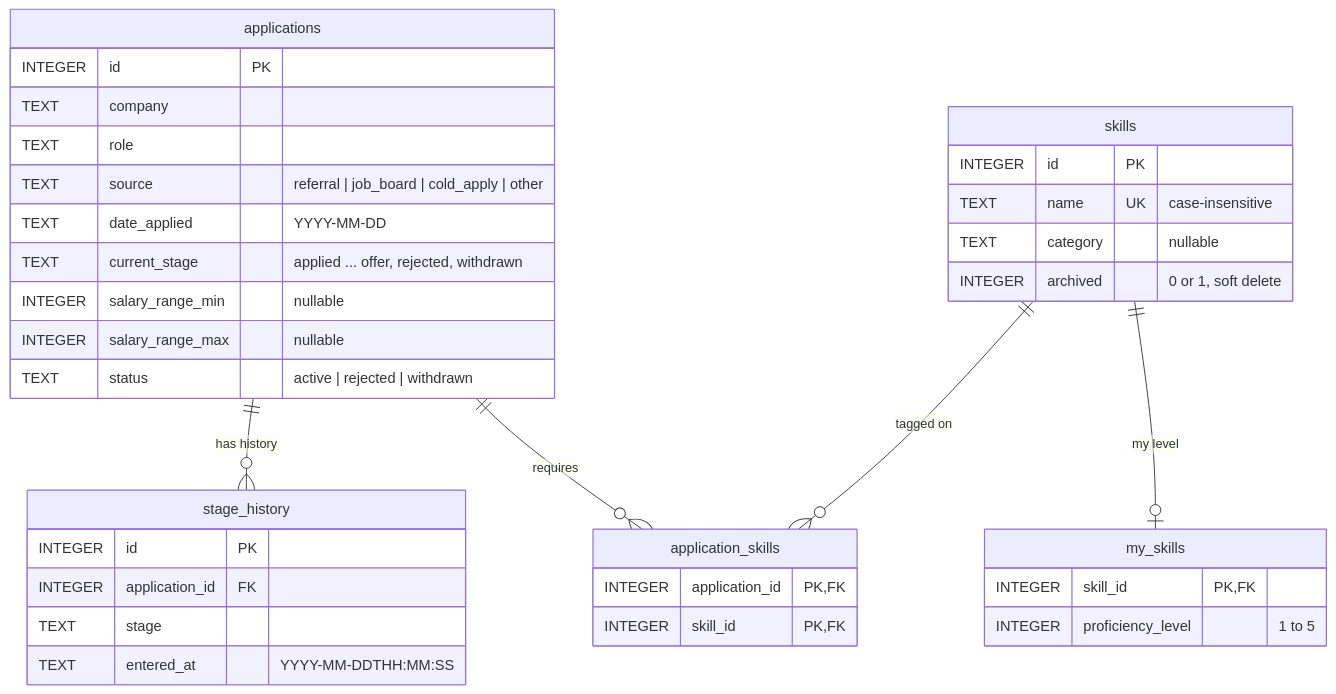
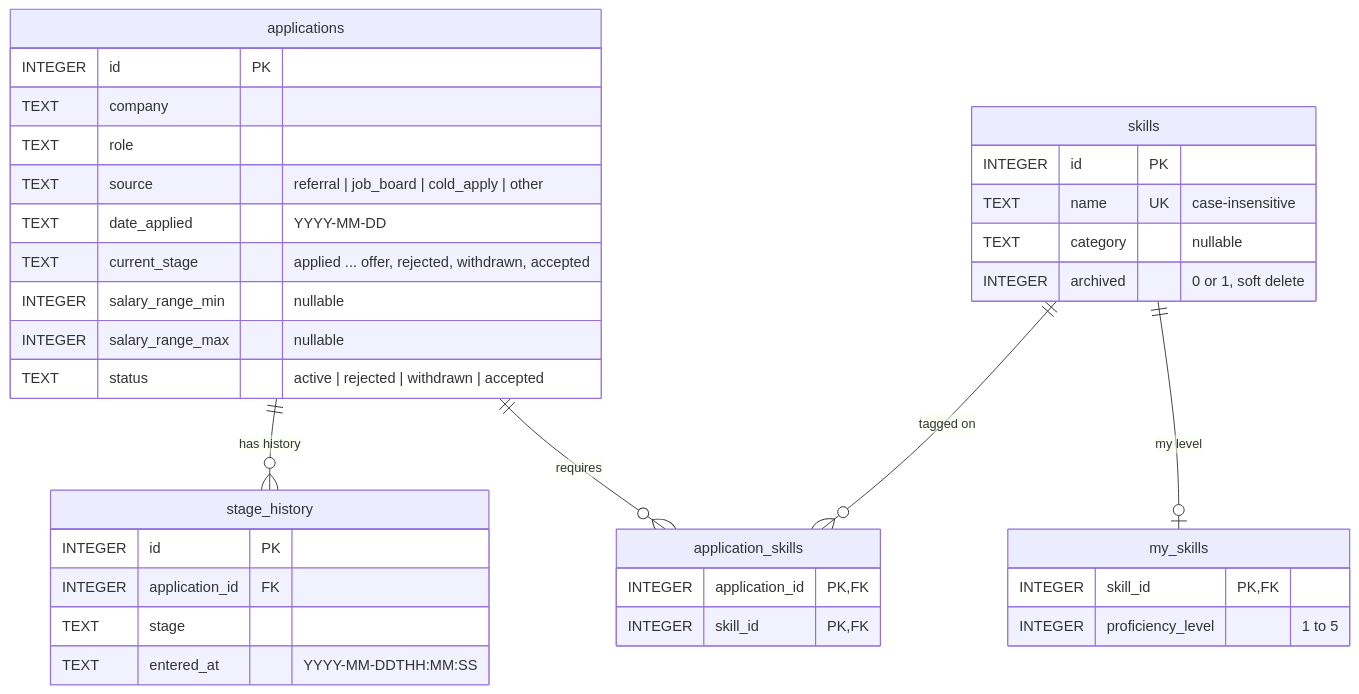
The second of 2 diagrams in README.md (alemol123/JobSearchTracker), drawn with Mermaid before and after one commit. The commit also changed other lines of this file and 6 other files, not shown here.

Commit message:
Add accepted closing state reachable only from offer, so accepted jobs stop counting as active

````diff
--- a/README.md
+++ b/README.md
@@ -128,39 +128,39 @@
 ```mermaid
 erDiagram
     applications ||--o{ stage_history : "has history"
     applications ||--o{ application_skills : "requires"
     skills ||--o{ application_skills : "tagged on"
     skills ||--o| my_skills : "my level"
 
     applications {
         INTEGER id PK
         TEXT company
         TEXT role
         TEXT source "referral | job_board | cold_apply | other"
         TEXT date_applied "YYYY-MM-DD"
-        TEXT current_stage "applied ... offer, rejected, withdrawn"
+        TEXT current_stage "applied ... offer, rejected, withdrawn, accepted"
         INTEGER salary_range_min "nullable"
         INTEGER salary_range_max "nullable"
-        TEXT status "active | rejected | withdrawn"
+        TEXT status "active | rejected | withdrawn | accepted"
     }
     stage_history {
         INTEGER id PK
         INTEGER application_id FK
         TEXT stage
         TEXT entered_at "YYYY-MM-DDTHH:MM:SS"
     }
     skills {
         INTEGER id PK
         TEXT name UK "case-insensitive"
         TEXT category "nullable"
         INTEGER archived "0 or 1, soft delete"
     }
     my_skills {
         INTEGER skill_id PK, FK
         INTEGER proficiency_level "1 to 5"
     }
     application_skills {
         INTEGER application_id PK, FK
         INTEGER skill_id PK, FK
     }
 ```
````
